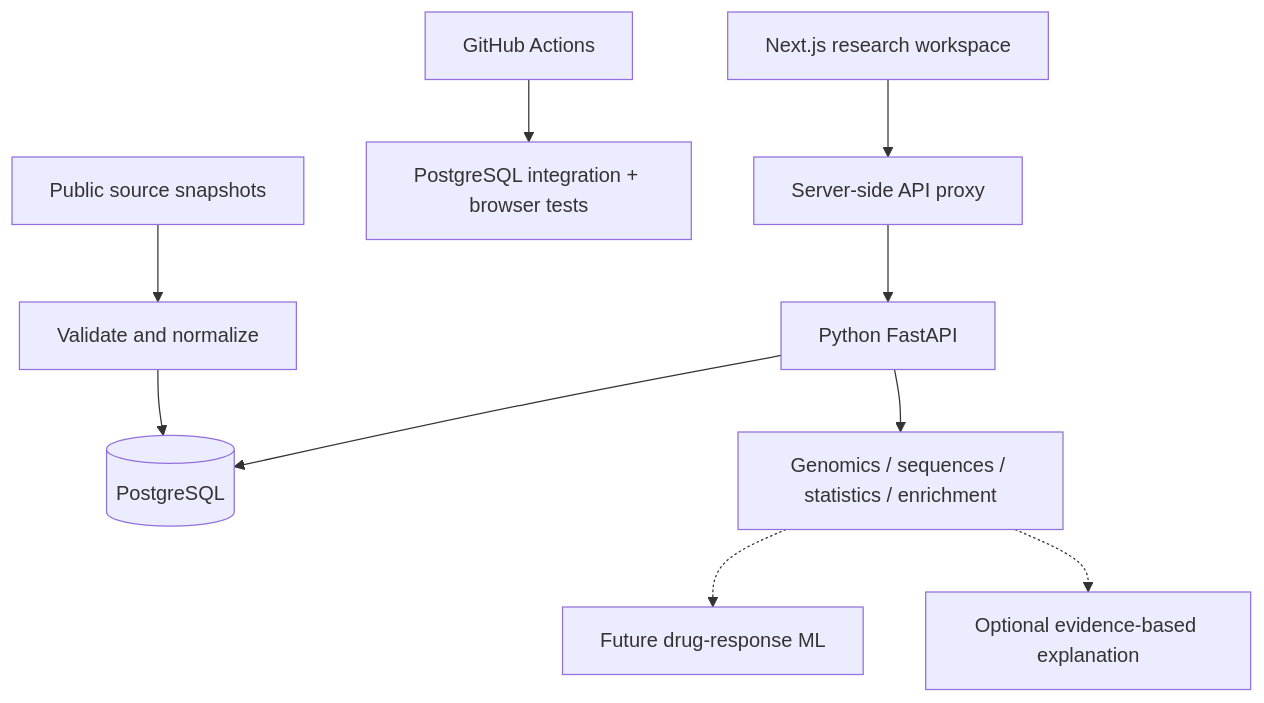
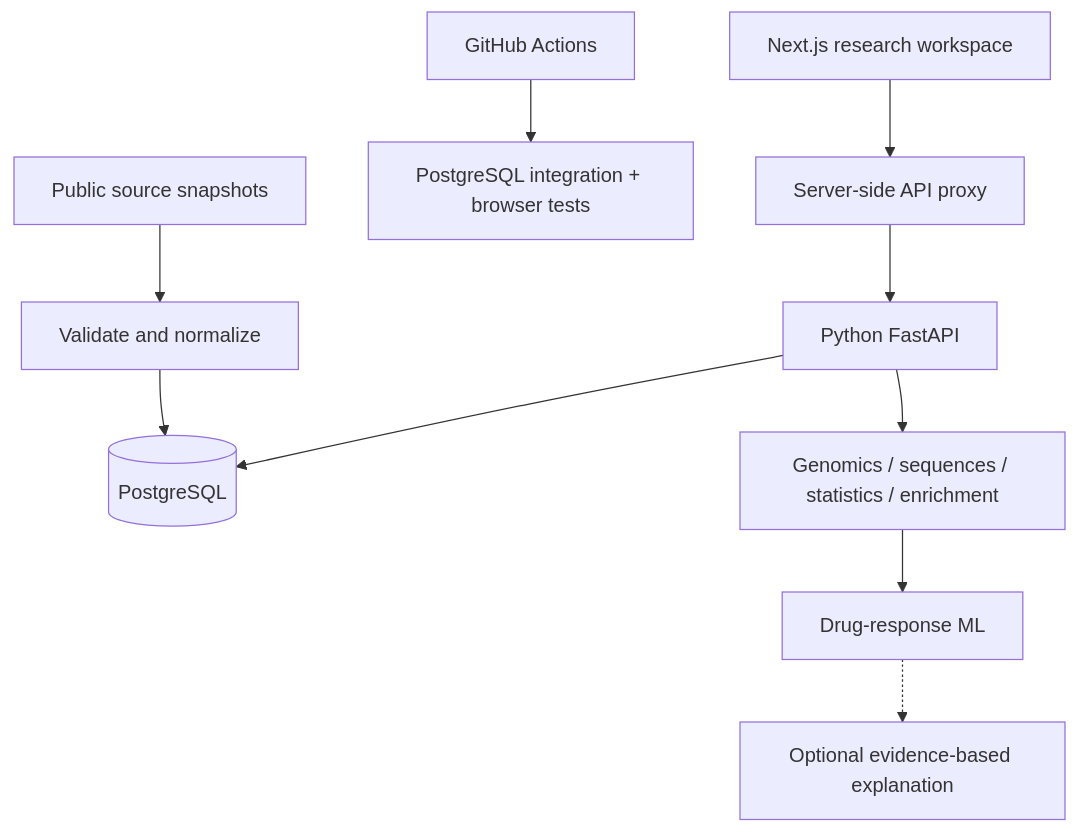
One commit to 292akhil2929-cmyk/pharmagenome changed the diagram in README.md. Above: the diagram before and after it, drawn with Mermaid. The commit also changed other lines of this file and 7 other files, not shown here.

````diff
--- a/README.md
+++ b/README.md
@@ -12,12 +12,12 @@
 ```mermaid
 flowchart TD
   UI[Next.js research workspace] --> Proxy[Server-side API proxy]
   Proxy --> API[Python FastAPI]
   API --> DB[(PostgreSQL)]
   CI[GitHub Actions] --> Tests[PostgreSQL integration + browser tests]
   Data[Public source snapshots] --> Validate[Validate and normalize]
   Validate --> DB
   API --> Analysis[Genomics / sequences / statistics / enrichment]
-  Analysis -.-> Future[Future drug-response ML]
-  Analysis -.-> Explanation[Optional evidence-based explanation]
+  Analysis --> Model[Drug-response ML]
+  Model -.-> Explanation[Optional evidence-based explanation]
 ```
````
